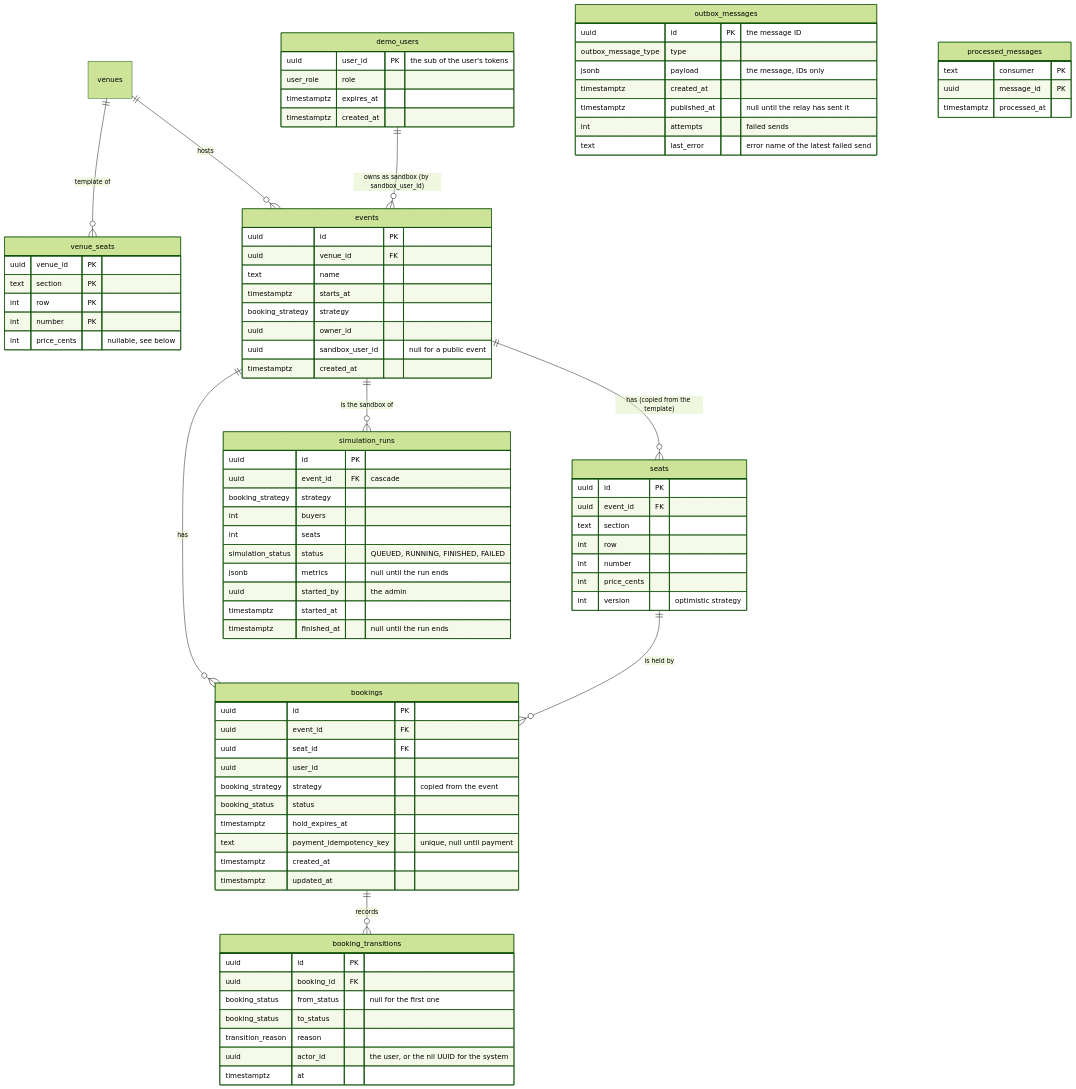
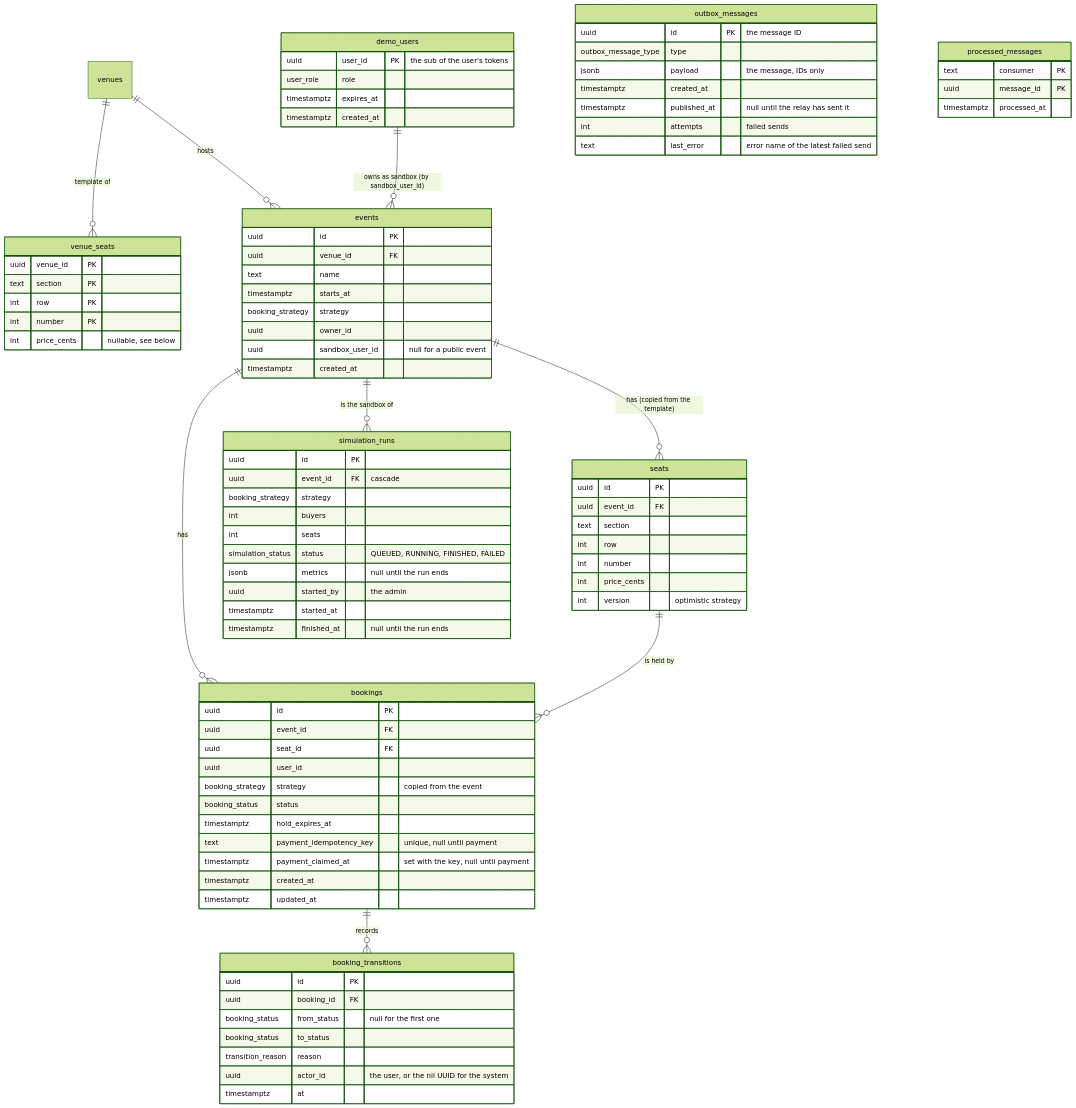
One commit to oguzbits/ticketmaster changed the first of 2 diagrams in docs/data-model.md. Above: the diagram before and after it, drawn with Mermaid (forest theme). The commit also changed 8 other files, not shown here.

```diff
--- a/docs/data-model.md
+++ b/docs/data-model.md
@@ -53,6 +53,7 @@
         booking_status status
         timestamptz hold_expires_at
         text payment_idempotency_key "unique, null until payment"
+        timestamptz payment_claimed_at "set with the key, null until payment"
         timestamptz created_at
         timestamptz updated_at
     }
```
